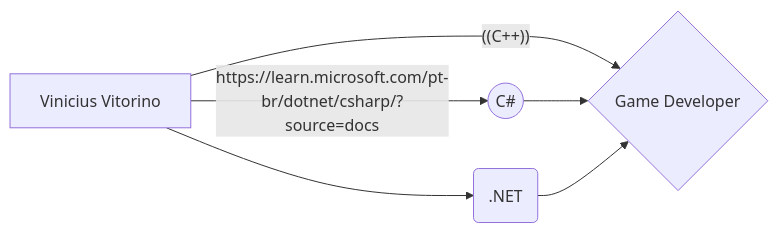
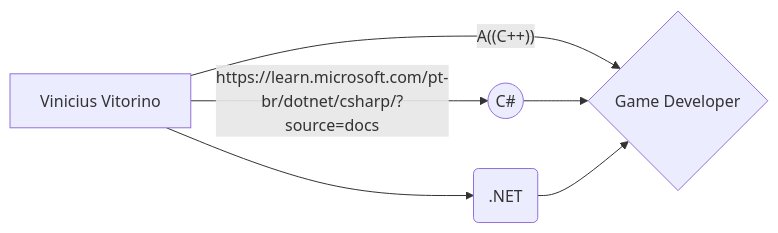
Before and after one commit to ViniciusVitorinoSantos/EstudosCS: the diagram in README.md, drawn with Mermaid.

````diff
--- a/README.md
+++ b/README.md
@@ -4,8 +4,8 @@
 ```mermaid
 graph LR
 A[Vinicius Vitorino] -- https://learn.microsoft.com/pt-br/dotnet/csharp/?source=docs --> B((C#))
 A --> C(.NET)
-A --((C++))--> D
+A --A((C++))--> D
 B --> D{Game Developer}
 C --> D
 ```
````
